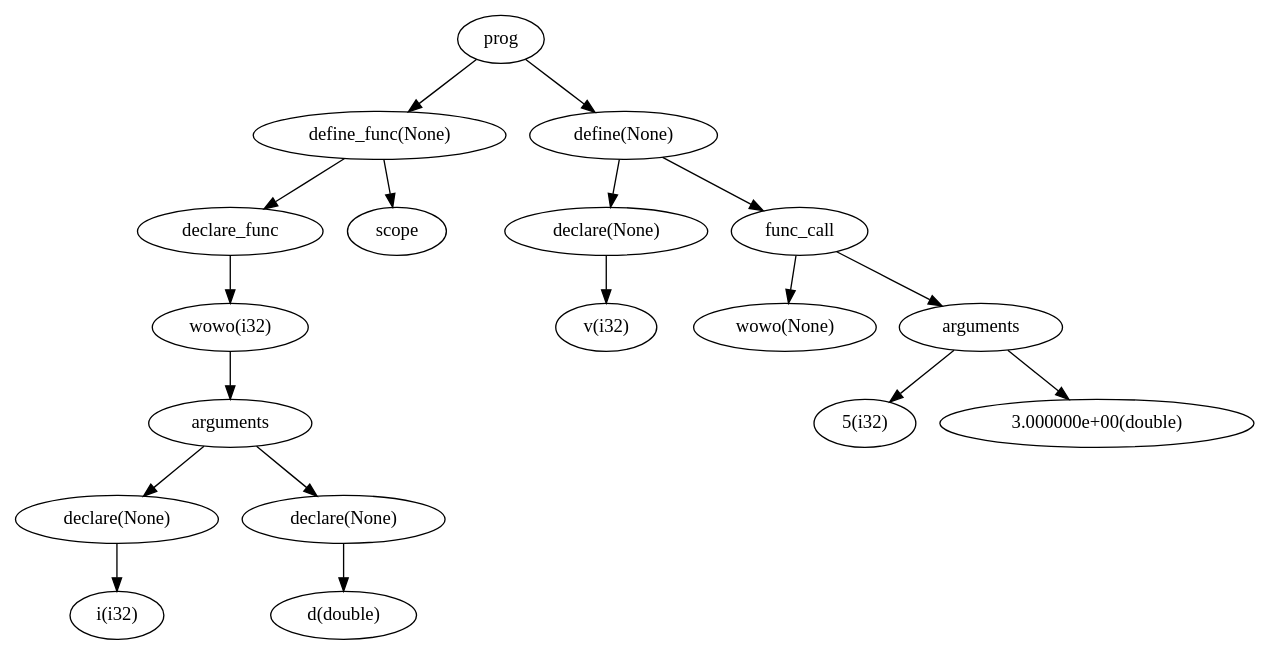
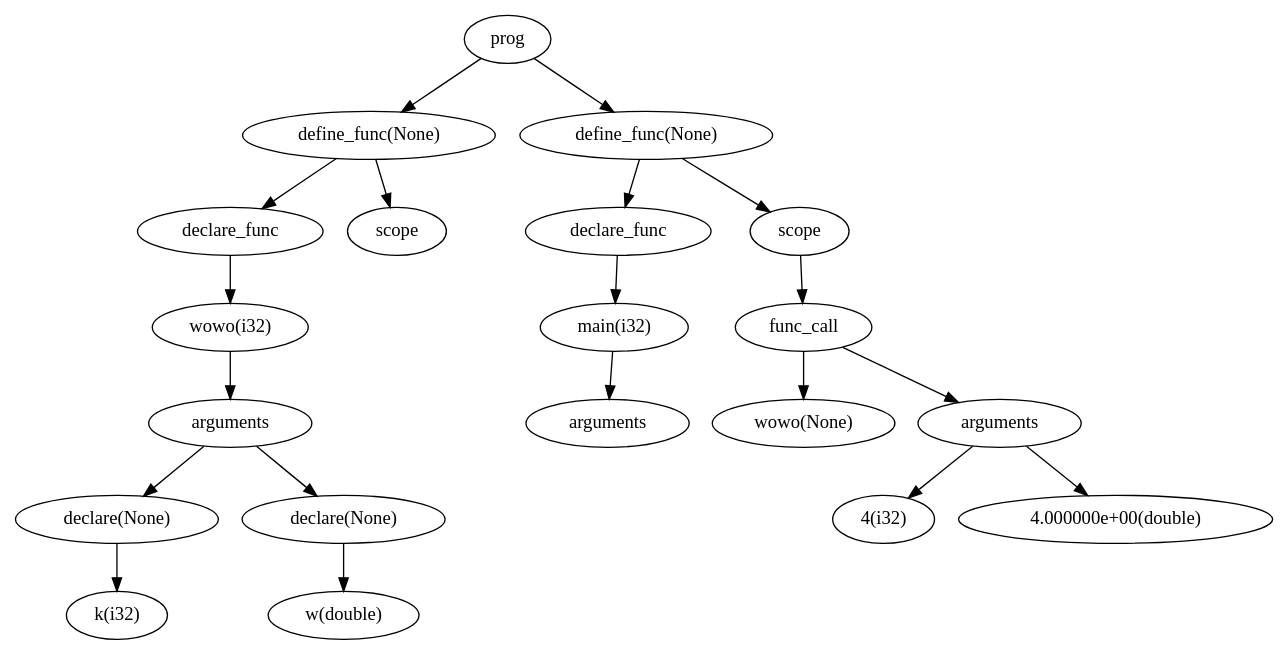
The diagram in AST.dot (sampieters/compiler), drawn with Graphviz before and after one commit. The commit also changed 4 other files, not shown here.

```diff
--- a/AST.dot
+++ b/AST.dot
@@ -1,37 +1,41 @@
 digraph AST {
 	node0[label="prog"]
 	node1[label="define_func(None)"]
 	node0->node1
 	node2[label="declare_func"]
 	node1->node2
 	node3[label="wowo(i32)"]
 	node2->node3
 	node4[label="arguments"]
 	node3->node4
 	node5[label="declare(None)"]
 	node4->node5
-	node6[label="i(i32)"]
+	node6[label="k(i32)"]
 	node5->node6
 	node7[label="declare(None)"]
 	node4->node7
-	node8[label="d(double)"]
+	node8[label="w(double)"]
 	node7->node8
 	node9[label="scope"]
 	node1->node9
-	node10[label="define(None)"]
+	node10[label="define_func(None)"]
 	node0->node10
-	node11[label="declare(None)"]
+	node11[label="declare_func"]
 	node10->node11
-	node12[label="v(i32)"]
+	node12[label="main(i32)"]
 	node11->node12
-	node13[label="func_call"]
-	node10->node13
-	node14[label="wowo(None)"]
-	node13->node14
-	node15[label="arguments"]
-	node13->node15
-	node16[label="5(i32)"]
+	node13[label="arguments"]
+	node12->node13
+	node14[label="scope"]
+	node10->node14
+	node15[label="func_call"]
+	node14->node15
+	node16[label="wowo(None)"]
 	node15->node16
-	node17[label="3.000000e+00(double)"]
+	node17[label="arguments"]
 	node15->node17
+	node18[label="4(i32)"]
+	node17->node18
+	node19[label="4.000000e+00(double)"]
+	node17->node19
 }
```
